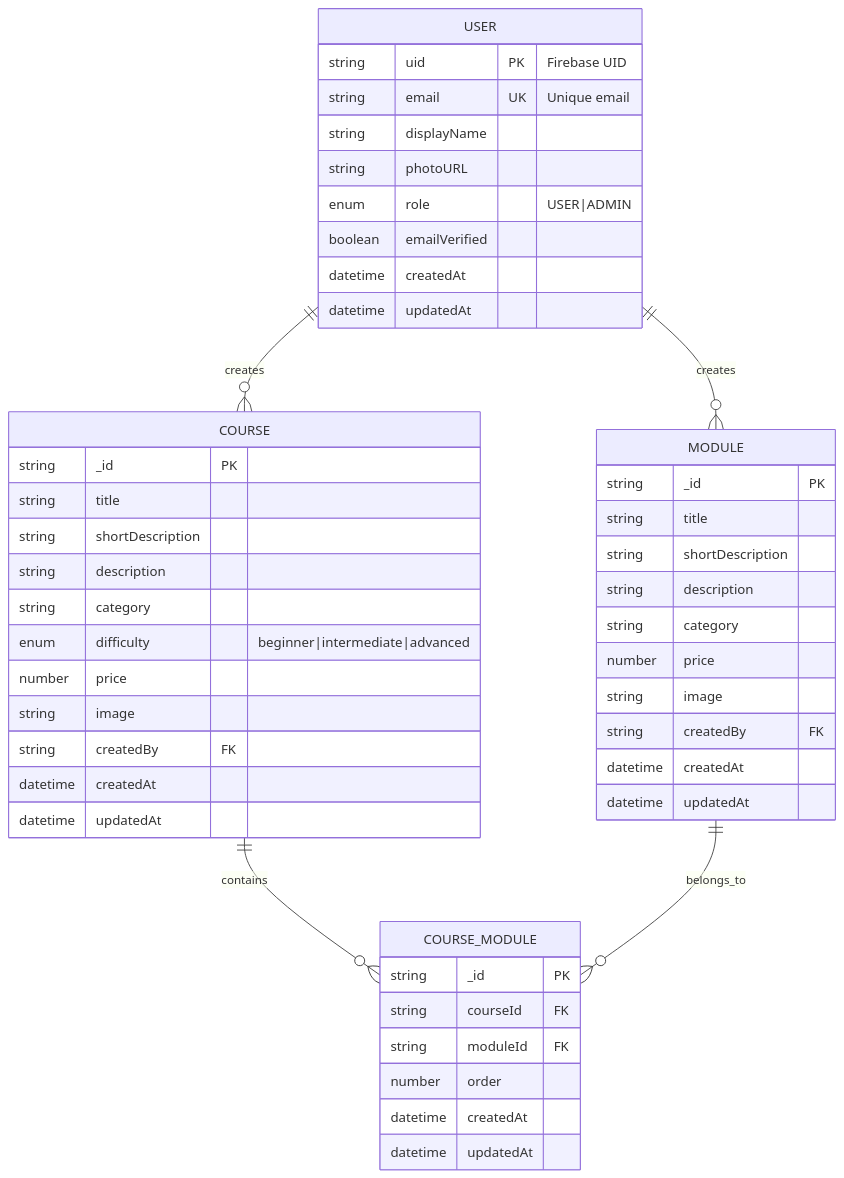
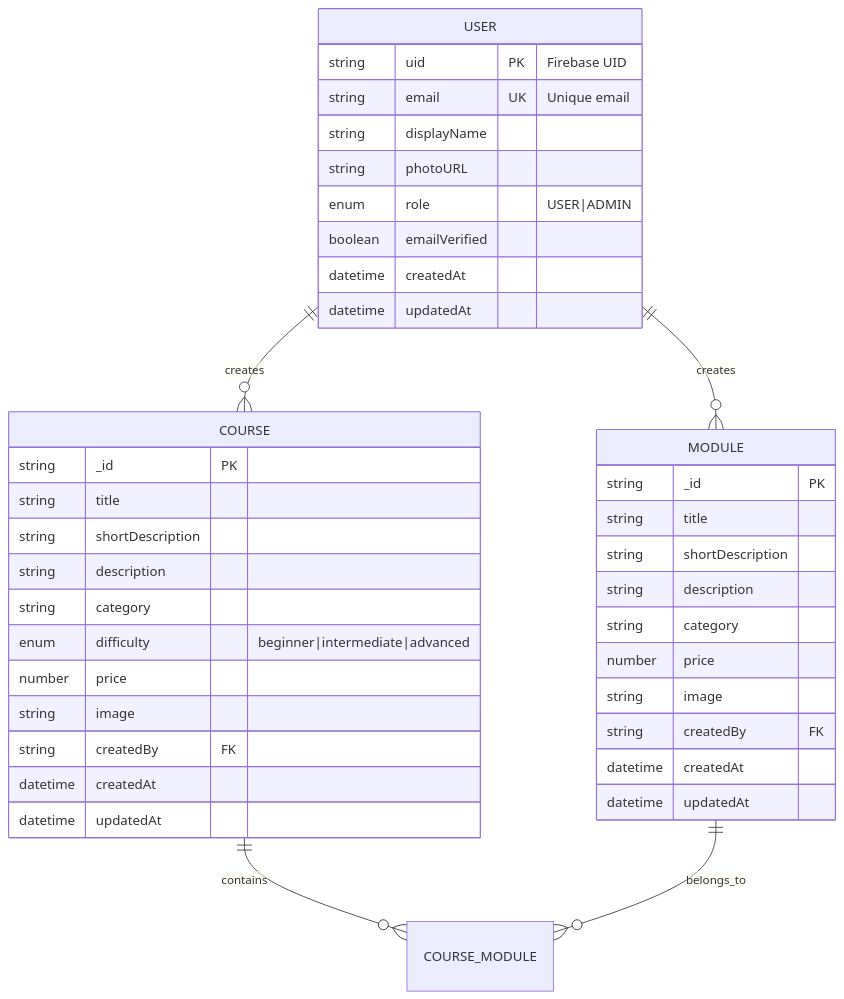
One commit to Sarwarhridoy4/StudyVault changed the fourth of 4 diagrams in SYSTEM_OVERVIEW.md. Above: the diagram before and after it, drawn with Mermaid. The commit also changed other lines of this file and 18 other files, not shown here.

Commit message:
feat: simplify course-module linking to direct push/unpush of module IDs into course.modules array

````diff
--- a/SYSTEM_OVERVIEW.md
+++ b/SYSTEM_OVERVIEW.md
@@ -198,54 +193,45 @@
 ```mermaid
 erDiagram
     USER ||--o{ MODULE : creates
     USER ||--o{ COURSE : creates
     COURSE ||--o{ COURSE_MODULE : contains
     MODULE ||--o{ COURSE_MODULE : belongs_to
     
     USER {
         string uid PK "Firebase UID"
         string email UK "Unique email"
         string displayName
         string photoURL
         enum role "USER|ADMIN"
         boolean emailVerified
         datetime createdAt
         datetime updatedAt
     }
     
     MODULE {
         string _id PK
         string title
         string shortDescription
         string description
         string category
         number price
         string image
         string createdBy FK
         datetime createdAt
         datetime updatedAt
     }
     
     COURSE {
         string _id PK
         string title
         string shortDescription
         string description
         string category
         enum difficulty "beginner|intermediate|advanced"
         number price
         string image
         string createdBy FK
         datetime createdAt
         datetime updatedAt
     }
-    
-    COURSE_MODULE {
-        string _id PK
-        string courseId FK
-        string moduleId FK
-        number order
-        datetime createdAt
-        datetime updatedAt
-    }
 ```
````
